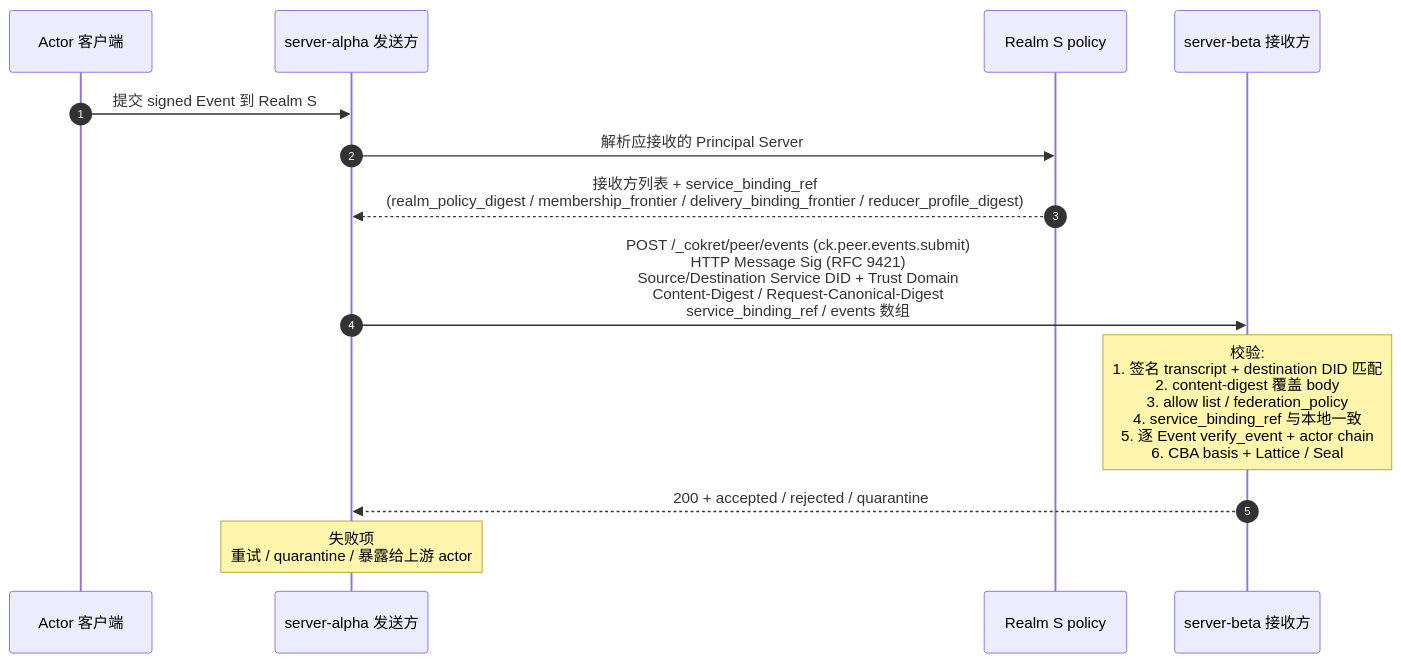
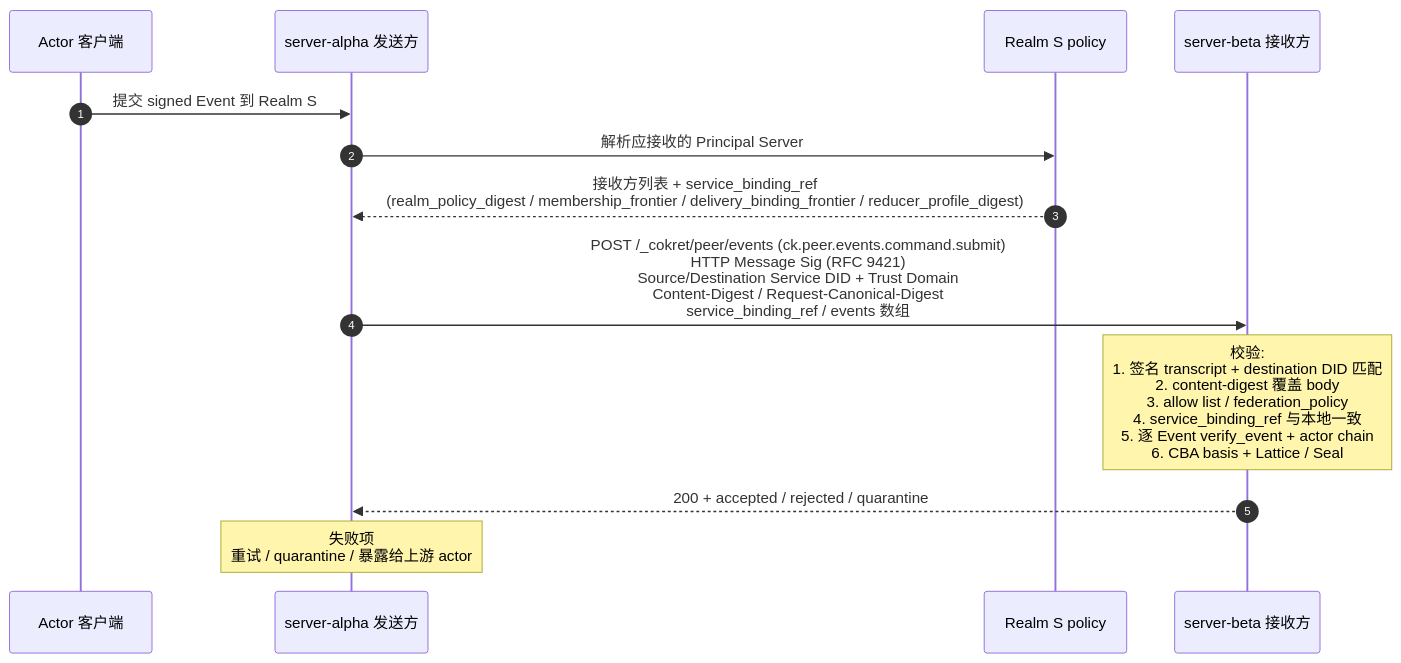
Before and after one commit to arkret-org/arkret-spec: the diagram in spec/v1/zh/sync/federation.md, drawn with Mermaid. The commit also changed other lines of this file and 95 other files, not shown here.

````diff
--- a/spec/v1/zh/sync/federation.md
+++ b/spec/v1/zh/sync/federation.md
@@ -360,16 +360,16 @@
 ```mermaid
 sequenceDiagram
     autonumber
     participant Cli as Actor 客户端
     participant Alpha as server-alpha 发送方
     participant Pol as Realm S policy
     participant Beta as server-beta 接收方
 
     Cli->>Alpha: 提交 signed Event 到 Realm S
     Alpha->>Pol: 解析应接收的 Principal Server
     Pol-->>Alpha: 接收方列表 + service_binding_ref<br>(realm_policy_digest / membership_frontier / delivery_binding_frontier / reducer_profile_digest)
-    Alpha->>Beta: POST /_cokret/peer/events (ck.peer.events.submit)<br>HTTP Message Sig (RFC 9421)<br>Source/Destination Service DID + Trust Domain<br>Content-Digest / Request-Canonical-Digest<br>service_binding_ref / events 数组
+    Alpha->>Beta: POST /_cokret/peer/events (ck.peer.events.command.submit)<br>HTTP Message Sig (RFC 9421)<br>Source/Destination Service DID + Trust Domain<br>Content-Digest / Request-Canonical-Digest<br>service_binding_ref / events 数组
     note over Beta: 校验:<br>1. 签名 transcript + destination DID 匹配<br>2. content-digest 覆盖 body<br>3. allow list / federation_policy<br>4. service_binding_ref 与本地一致<br>5. 逐 Event verify_event + actor chain<br>6. CBA basis + Lattice / Seal
     Beta-->>Alpha: 200 + accepted / rejected / quarantine
     note over Alpha: 失败项<br>重试 / quarantine / 暴露给上游 actor
 ```
````
